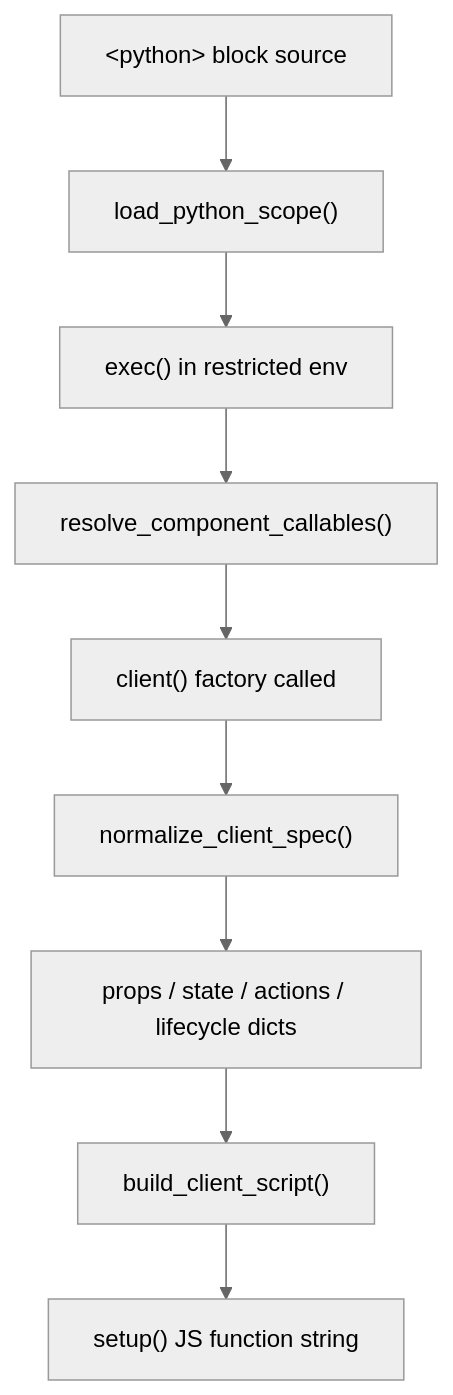
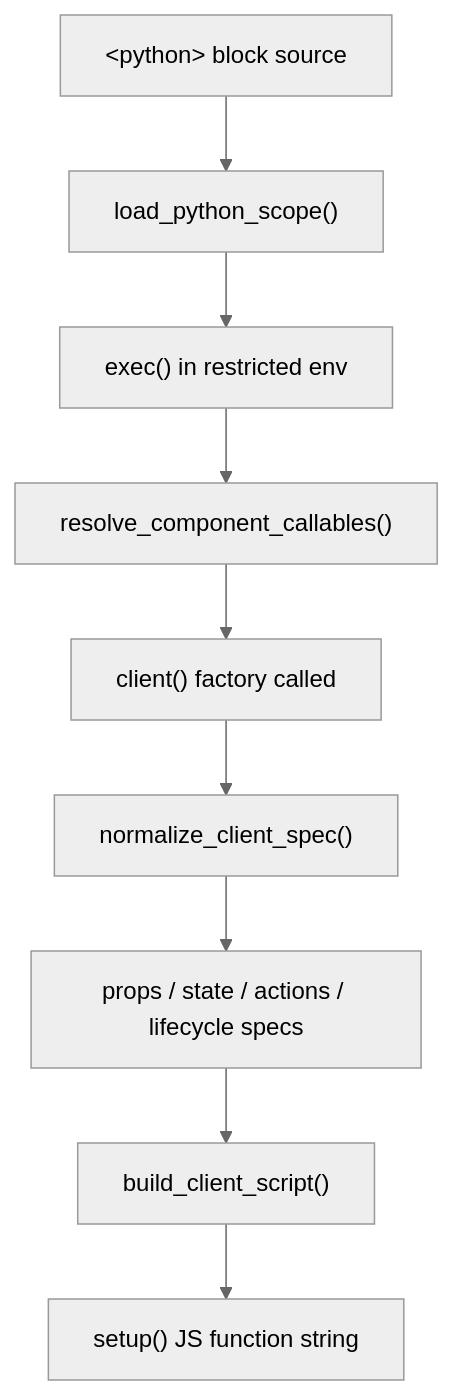
Before and after one commit to roderiano/lua-spa: the first of 2 diagrams in docs/docs/advanced/code-generator.md, drawn with Mermaid (neutral theme). The commit also changed other lines of this file and 7 other files, not shown here.

````diff
--- a/docs/docs/advanced/code-generator.md
+++ b/docs/docs/advanced/code-generator.md
@@ -14,11 +14,11 @@
 ```mermaid
 flowchart TD
     A["&lt;python&gt; block source"] --> B["load_python_scope()"]
     B --> C["exec() in restricted env"]
     C --> D["resolve_component_callables()"]
     D --> E["client() factory called"]
     E --> F["normalize_client_spec()"]
-    F --> G["props / state / actions / lifecycle dicts"]
+    F --> G["props / state / actions / lifecycle specs"]
     G --> H["build_client_script()"]
     H --> I["setup() JS function string"]
 ```
````
